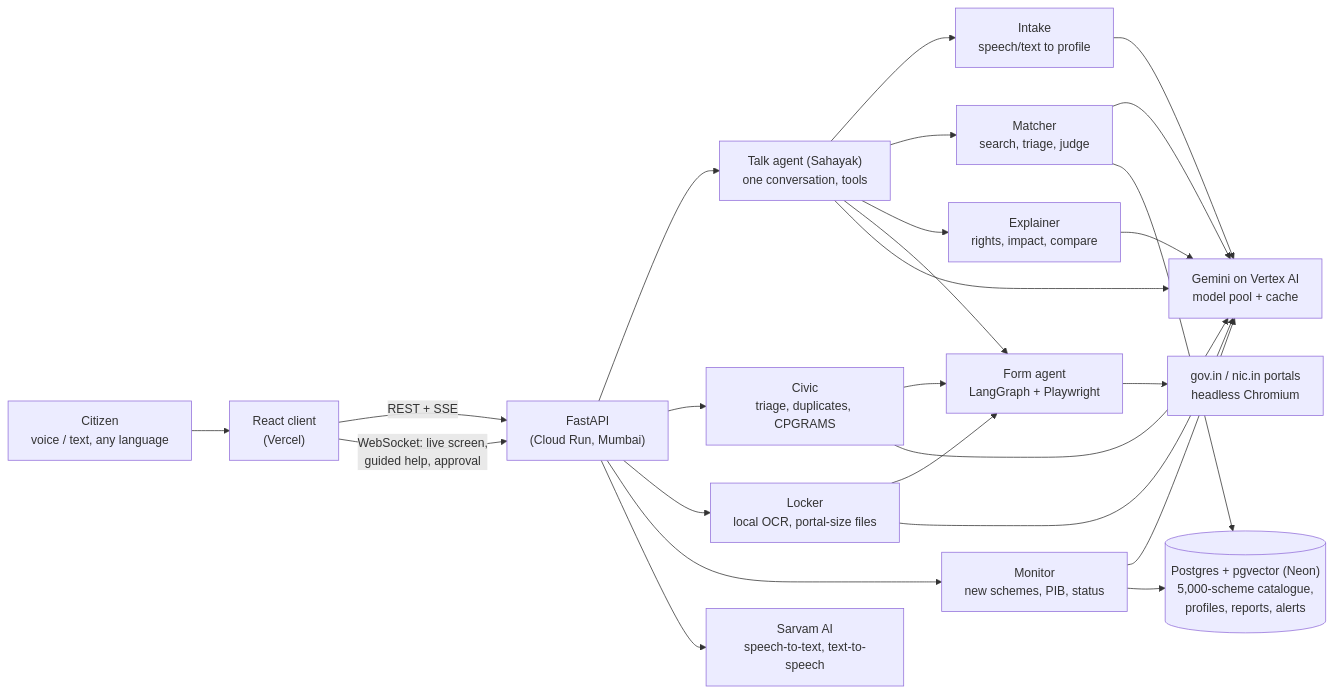
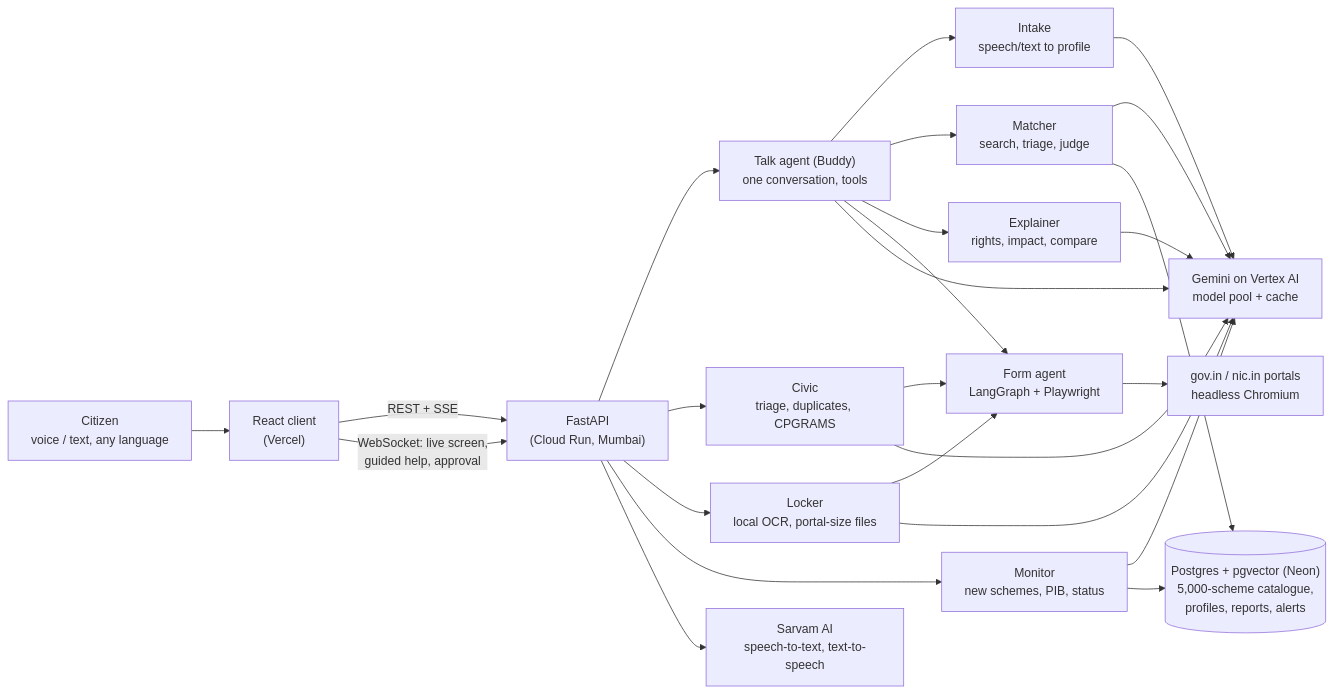
Before and after one commit to yashchoudhary14/ForgeHackathon: the first of 2 diagrams in README.md, drawn with Mermaid. The commit also changed other lines of this file and 29 other files, not shown here.

````diff
--- a/README.md
+++ b/README.md
@@ -42,22 +42,22 @@
 ```mermaid
 flowchart LR
     U["Citizen<br/>voice / text, any language"] --> C["React client<br/>(Vercel)"]
     C -- "REST + SSE" --> API["FastAPI<br/>(Cloud Run, Mumbai)"]
     C -- "WebSocket: live screen,<br/>guided help, approval" --> API
 
-    API --> T["Talk agent (Sahayak)<br/>one conversation, tools"]
+    API --> T["Talk agent (Buddy)<br/>one conversation, tools"]
     T --> I["Intake<br/>speech/text to profile"]
     T --> M["Matcher<br/>search, triage, judge"]
     T --> E["Explainer<br/>rights, impact, compare"]
     T --> X["Form agent<br/>LangGraph + Playwright"]
     API --> CV["Civic<br/>triage, duplicates, CPGRAMS"]
     API --> L["Locker<br/>local OCR, portal-size files"]
     API --> MO["Monitor<br/>new schemes, PIB, status"]
 
     CV --> X
     L --> X
     I & M & E & CV & L & MO & T --> G["Gemini on Vertex AI<br/>model pool + cache"]
     M & MO --> DB[("Postgres + pgvector (Neon)<br/>5,000-scheme catalogue,<br/>profiles, reports, alerts")]
     API --> SV["Sarvam AI<br/>speech-to-text, text-to-speech"]
     X --> P["gov.in / nic.in portals<br/>headless Chromium"]
 ```
````
